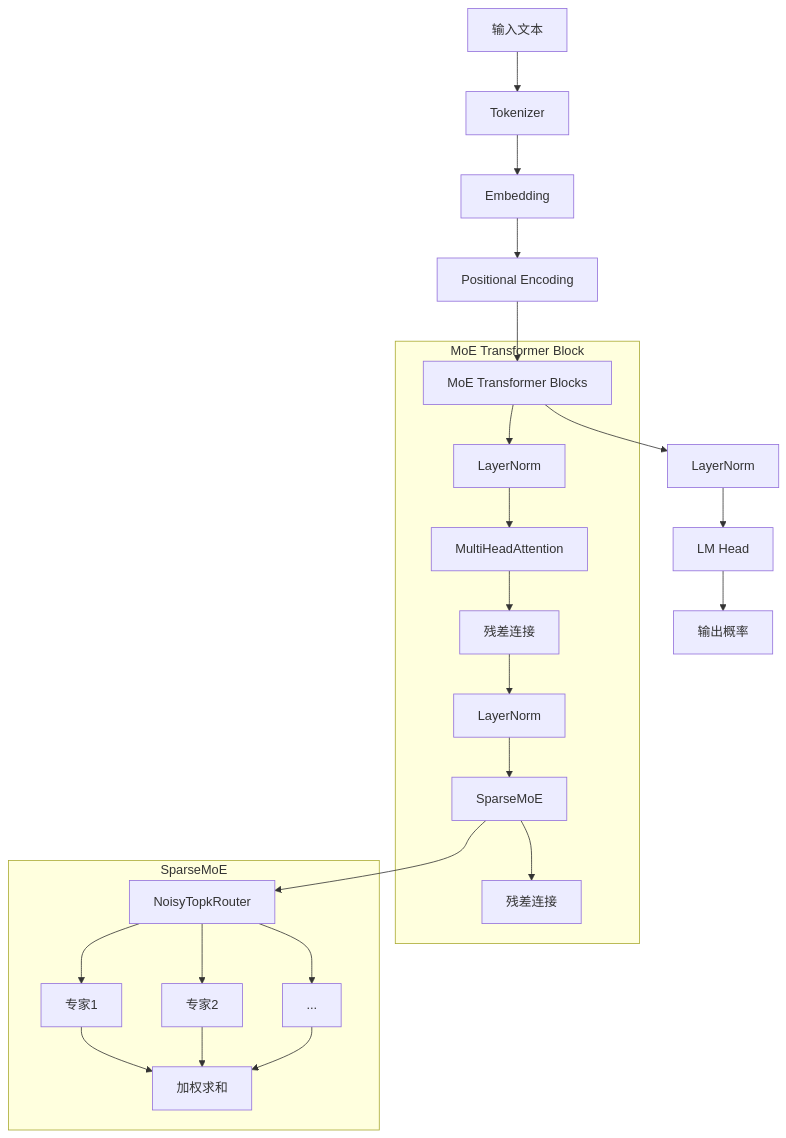
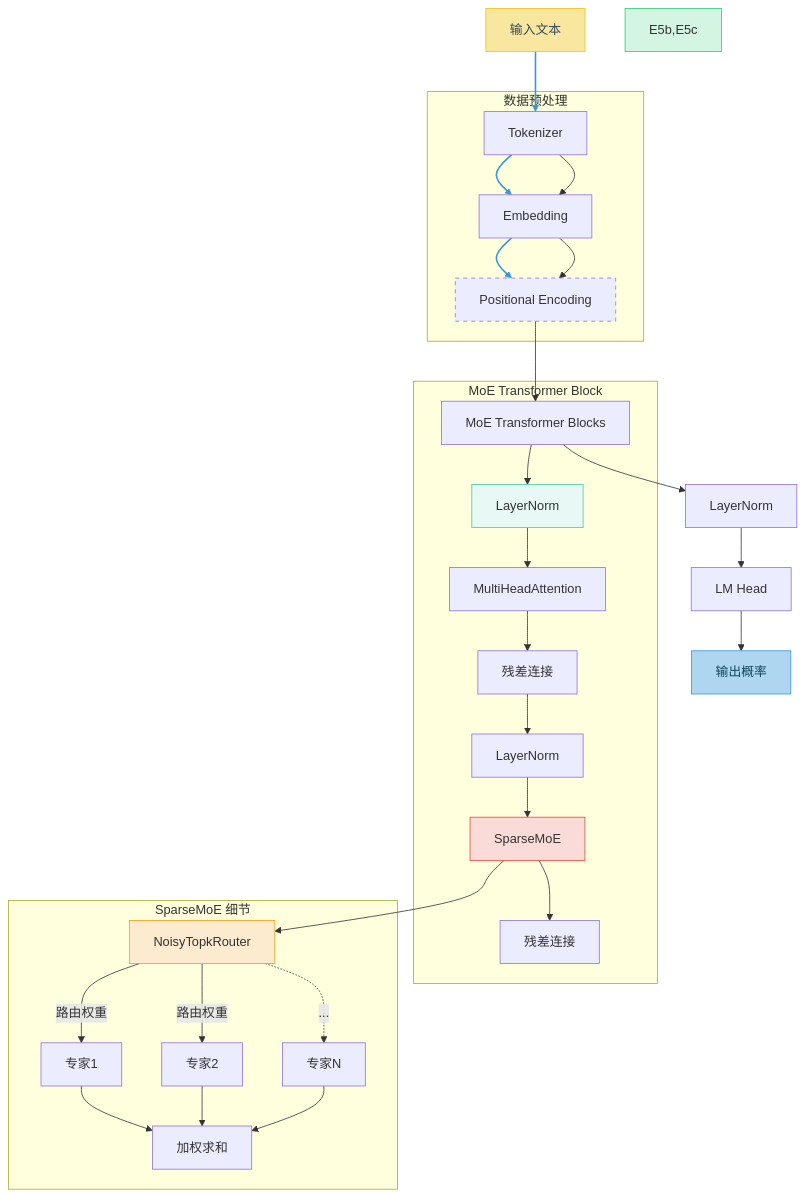
The diagram in all/未命名-2.md (runningto/iodraw-files), drawn with Mermaid before and after one commit.

Commit message:
2025-03-29 16:41:38 update

````diff
--- a/all/未命名-2.md
+++ b/all/未命名-2.md
@@ -1,30 +1,47 @@
 ```mermaid
-graph TB
+graph TD
     A[输入文本] --> B[Tokenizer]
     B --> C[Embedding]
     C --> D[Positional Encoding]
     D --> E[MoE Transformer Blocks]
     E --> F[LayerNorm]
     F --> G[LM Head]
     G --> H[输出概率]
-    
-    subgraph MoE Transformer Block
+
+    style A fill:#F9E79F,stroke:#F1C40F,color:#34495E
+    style H fill:#AED6F1,stroke:#3498DB,color:#154360
+
+    subgraph "数据预处理"
+        B --> C
+        C --> D
+        style D stroke-dasharray: 5 5
+    end
+
+    subgraph "MoE Transformer Block"
         E --> E1[LayerNorm]
         E1 --> E2[MultiHeadAttention]
         E2 --> E3[残差连接]
         E3 --> E4[LayerNorm]
         E4 --> E5[SparseMoE]
         E5 --> E6[残差连接]
+        style E1 fill:#E8F8F5,stroke:#48C9B0
+        style E5 fill:#FADBD8,stroke:#E74C3C
     end
-    
-    subgraph SparseMoE
+
+    subgraph "SparseMoE 细节"
         E5 --> E5a[NoisyTopkRouter]
-        E5a --> E5b[专家1]
-        E5a --> E5c[专家2]
-        E5a --> E5d[...]
+        E5a -->|路由权重| E5b[专家1]
+        E5a -->|路由权重| E5c[专家2]
+        E5a -.->|...| E5d[专家N]
         E5b --> E5e[加权求和]
         E5c --> E5e
         E5d --> E5e
+        style E5a fill:#FDEBD0,stroke:#F39C12
+        style E5b,E5c fill:#D5F5E3,stroke:#2ECC71
+        linkStyle 0,1,2 stroke:#3498DB,stroke-width:2px
     end
+
+    click E2 "https://pytorch.org/docs/stable/nn.html#multiheadattention" "PyTorch文档"
+    click E5 "javascript:alert('专家数:8\\nTop-K:2')" "MoE参数"
   
 ```
````
